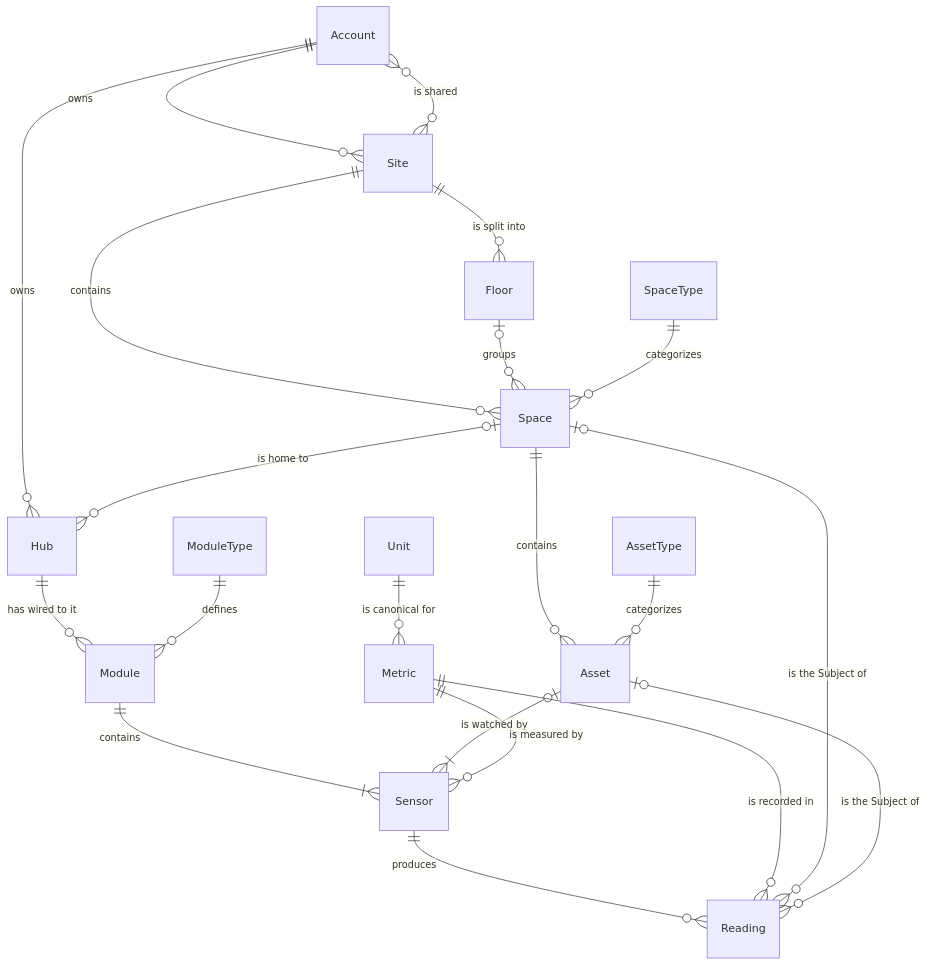
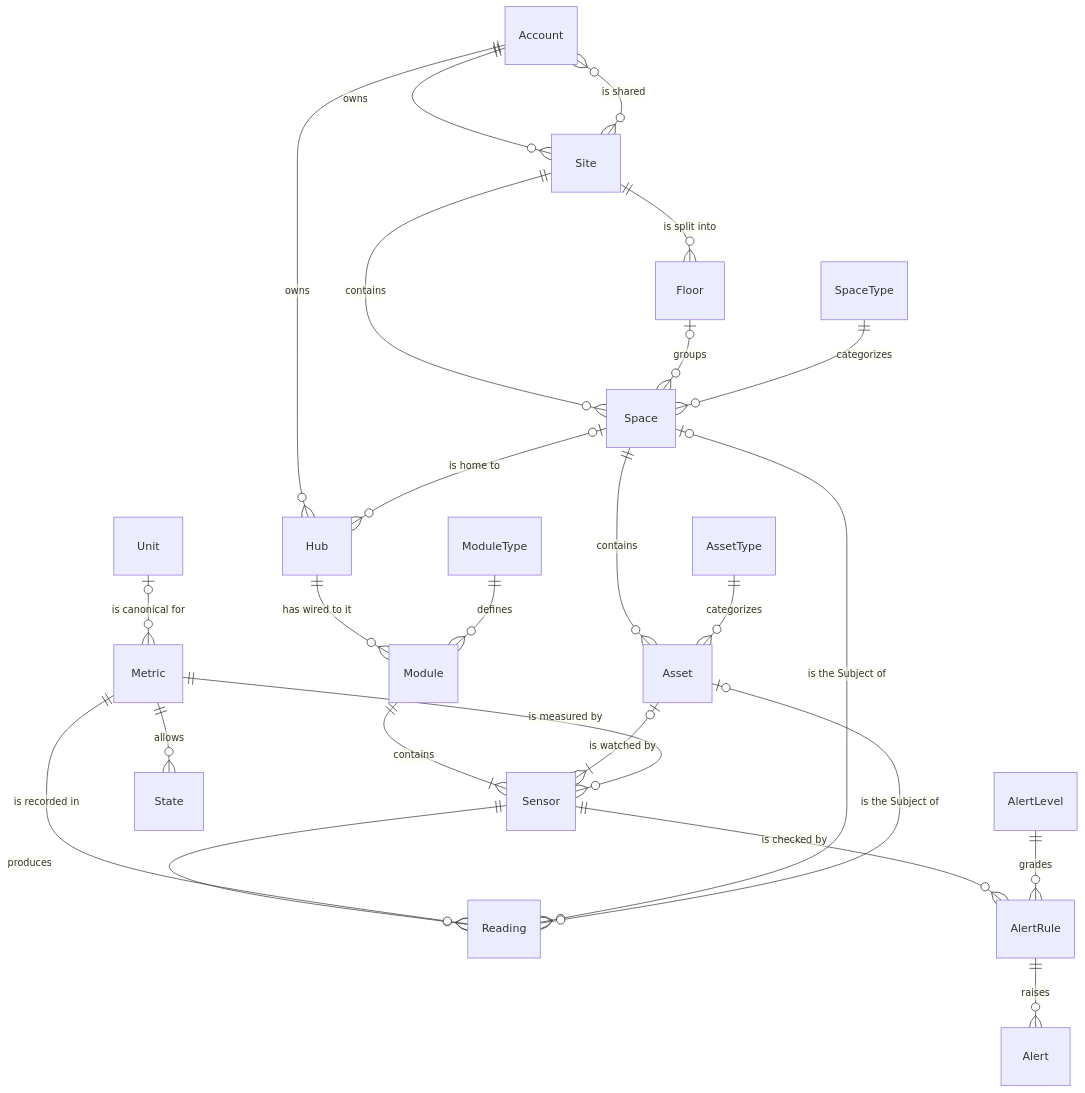
Before and after one commit to Detriz-dev/smart-home-kit: the first of 4 diagrams in kit/apps/docs-site/docs/domain-model/data-model.mdx, drawn with Mermaid. The commit also changed other lines of this file and 8 other files, not shown here.

````diff
--- a/kit/apps/docs-site/docs/domain-model/data-model.mdx
+++ b/kit/apps/docs-site/docs/domain-model/data-model.mdx
@@ -21,23 +21,27 @@
 ```mermaid
 erDiagram
     Account ||--o{ Site : owns
     Account }o--o{ Site : "is shared"
     Account ||--o{ Hub : owns
     Site ||--o{ Floor : "is split into"
     Site ||--o{ Space : contains
     Floor |o--o{ Space : groups
     SpaceType ||--o{ Space : categorizes
     Space |o--o{ Hub : "is home to"
     Space ||--o{ Asset : contains
     AssetType ||--o{ Asset : categorizes
     Hub ||--o{ Module : "has wired to it"
     ModuleType ||--o{ Module : defines
     Module ||--|{ Sensor : contains
     Asset |o--|{ Sensor : "is watched by"
     Metric ||--o{ Sensor : "is measured by"
-    Unit ||--o{ Metric : "is canonical for"
+    Unit |o--o{ Metric : "is canonical for"
+    Metric ||--o{ State : allows
     Sensor ||--o{ Reading : produces
     Metric ||--o{ Reading : "is recorded in"
     Space |o--o{ Reading : "is the Subject of"
     Asset |o--o{ Reading : "is the Subject of"
+    Sensor ||--o{ AlertRule : "is checked by"
+    AlertLevel ||--o{ AlertRule : grades
+    AlertRule ||--o{ Alert : raises
 ```
````
